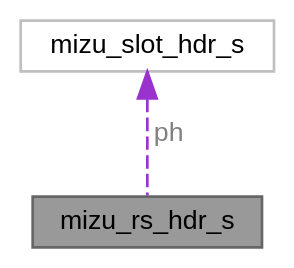
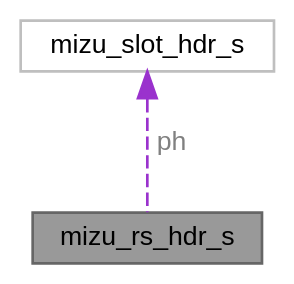
Before and after one commit to shikokuchuo/libmizu: the diagram in structmizu__rs__hdr__s__coll__graph.dot, drawn with Graphviz. The commit also changed 176 other files, not shown here.

```diff
--- a/structmizu__rs__hdr__s__coll__graph.dot
+++ b/structmizu__rs__hdr__s__coll__graph.dot
@@ -1,10 +1,11 @@
 digraph "mizu_rs_hdr_s"
 {
  // LATEX_PDF_SIZE
   bgcolor="transparent";
   edge [fontname=Helvetica,fontsize=10,labelfontname=Helvetica,labelfontsize=10];
   node [fontname=Helvetica,fontsize=10,shape=box,height=0.2,width=0.4];
   Node1 [id="Node000001",label="mizu_rs_hdr_s",height=0.2,width=0.4,color="gray40", fillcolor="grey60", style="filled", fontcolor="black",tooltip="Result slot header; the payload framing header sits at offset 24 and payload bytes at 40."];
-  Node2 -> Node1 [id="edge1_Node000001_Node000002",dir="back",color="darkorchid3",style="dashed",tooltip=" ",label=" ph",fontcolor="grey" ];
+  Node2 -> Node1 [id="edge1_Node000001_Node000002",dir="back",color="darkorchid3",style="dashed",tooltip=" ",label=<<TABLE CELLBORDER="0" BORDER="0"><TR><TD VALIGN="top" ALIGN="LEFT" CELLPADDING="1" CELLSPACING="0">ph</TD></TR>
+</TABLE>> ,fontcolor="grey" ];
   Node2 [id="Node000002",label="mizu_slot_hdr_s",height=0.2,width=0.4,color="grey75", fillcolor="white", style="filled",URL="$structmizu__slot__hdr__s.html",tooltip=" "];
 }
```
